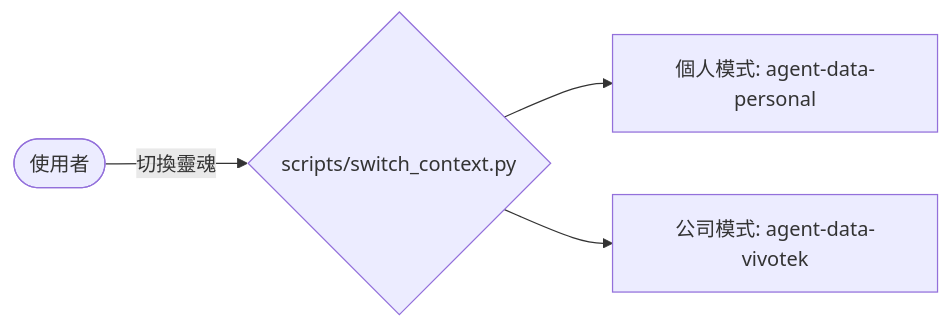
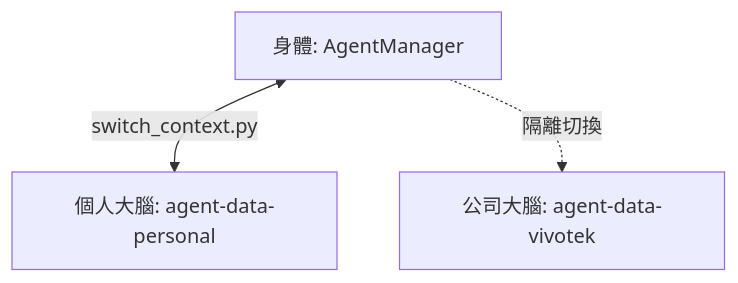
One commit to alston-personal/agentmanager changed the second of 2 diagrams in USER_GUIDE.md. Above: the diagram before and after it, drawn with Mermaid. The commit also changed other lines of this file and 23 other files, not shown here.

````diff
--- a/USER_GUIDE.md
+++ b/USER_GUIDE.md
@@ -46,6 +38,9 @@
 ```mermaid
-graph LR
-    User([使用者]) --> |切換靈魂| Switch{scripts/switch_context.py}
-    Switch --> Personal[個人模式: agent-data-personal]
-    Switch --> Company[公司模式: agent-data-vivotek]
+graph TD
+    Logic[身體: AgentManager]
+    SubNameA[個人大腦: agent-data-personal]
+    SubNameB[公司大腦: agent-data-vivotek]
+
+    Logic <--> |switch_context.py| SubNameA
+    Logic -.-> |隔離切換| SubNameB
 ```
````
